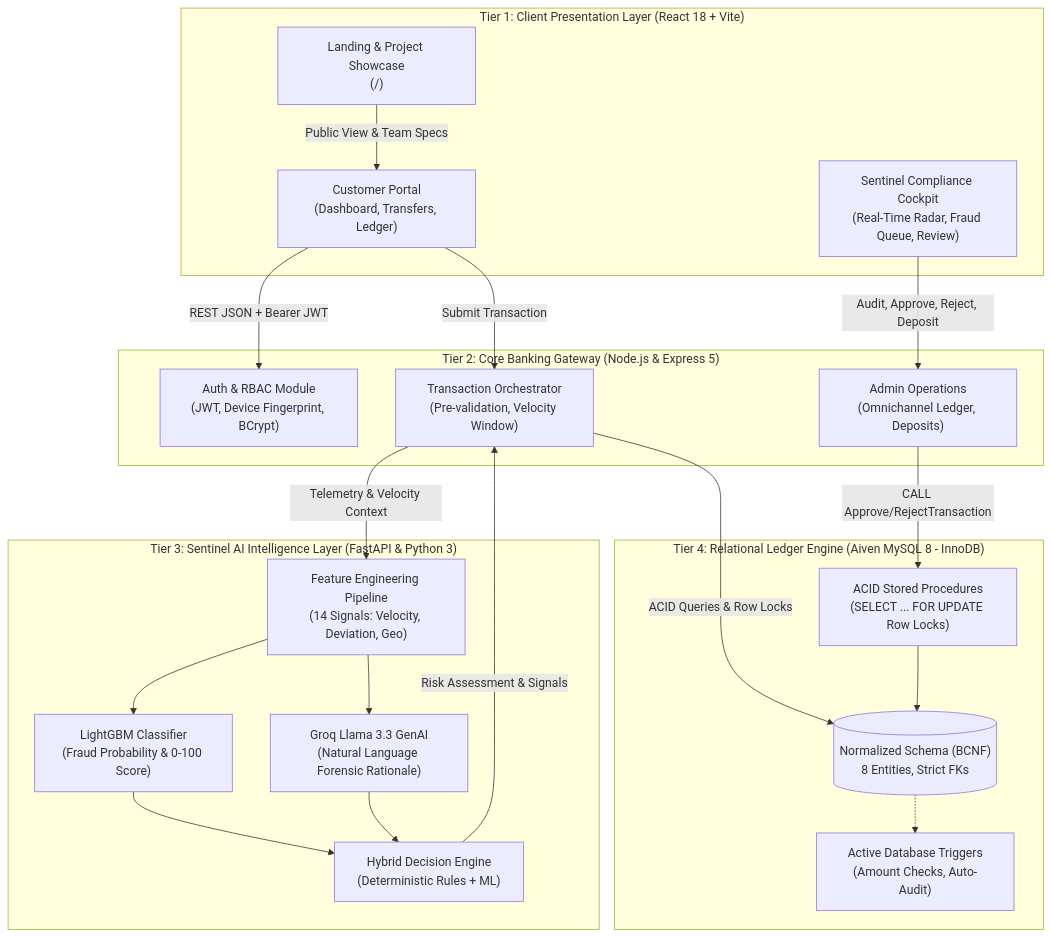
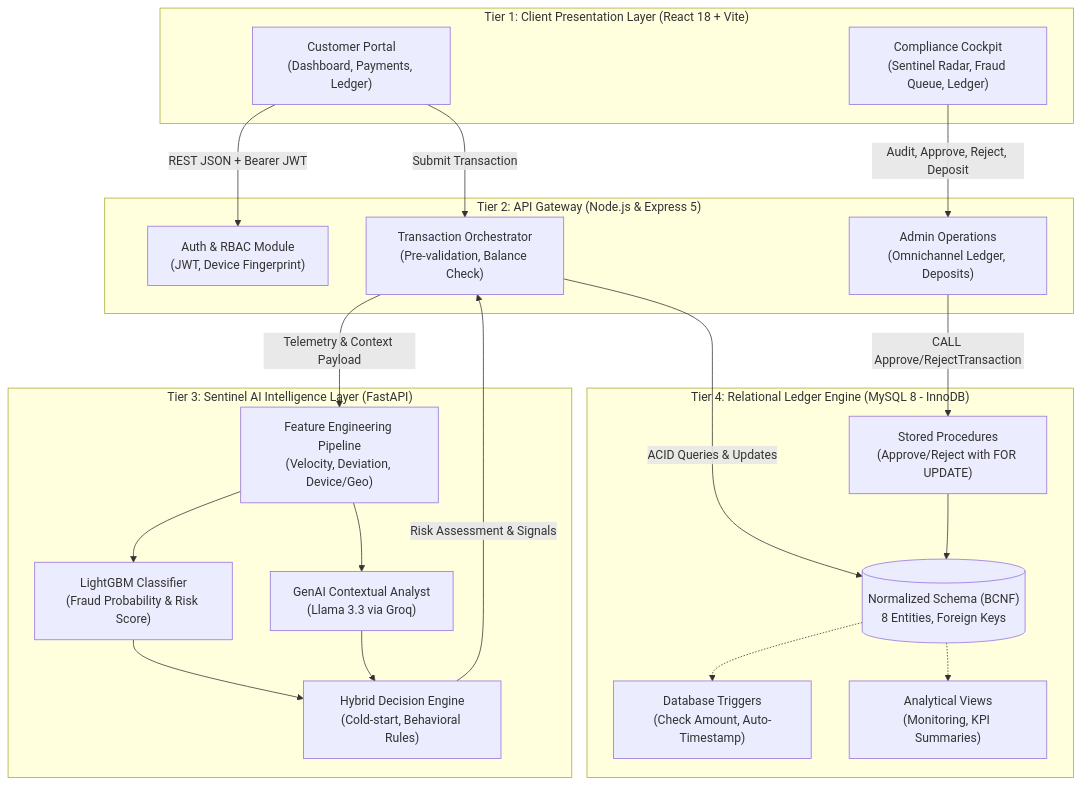
The first of 4 diagrams in README.md (raghav12344/TrustPay), drawn with Mermaid before and after one commit. The commit also changed other lines of this file and 1 other file, not shown here.

````diff
--- a/README.md
+++ b/README.md
@@ -86,44 +31,44 @@
 ```mermaid
 flowchart TB
     subgraph Tier1["Tier 1: Client Presentation Layer (React 18 + Vite)"]
-        UI_Landing["Landing & Project Showcase\n(/)"]
-        UI_Cust["Customer Portal\n(Dashboard, Transfers, Ledger)"]
-        UI_Admin["Sentinel Compliance Cockpit\n(Real-Time Radar, Fraud Queue, Review)"]
+        UI_Cust["Customer Portal\n(Dashboard, Payments, Ledger)"]
+        UI_Admin["Compliance Cockpit\n(Sentinel Radar, Fraud Queue, Ledger)"]
     end
 
-    subgraph Tier2["Tier 2: Core Banking Gateway (Node.js & Express 5)"]
-        Auth_GW["Auth & RBAC Module\n(JWT, Device Fingerprint, BCrypt)"]
-        Tx_GW["Transaction Orchestrator\n(Pre-validation, Velocity Window)"]
+    subgraph Tier2["Tier 2: API Gateway (Node.js & Express 5)"]
+        Auth_GW["Auth & RBAC Module\n(JWT, Device Fingerprint)"]
+        Tx_GW["Transaction Orchestrator\n(Pre-validation, Balance Check)"]
         Admin_GW["Admin Operations\n(Omnichannel Ledger, Deposits)"]
     end
 
-    subgraph Tier3["Tier 3: Sentinel AI Intelligence Layer (FastAPI & Python 3)"]
-        Feat_Eng["Feature Engineering Pipeline\n(14 Signals: Velocity, Deviation, Geo)"]
-        ML_Model["LightGBM Classifier\n(Fraud Probability & 0-100 Score)"]
-        GenAI["Groq Llama 3.3 GenAI\n(Natural Language Forensic Rationale)"]
-        Decision["Hybrid Decision Engine\n(Deterministic Rules + ML)"]
+    subgraph Tier3["Tier 3: Sentinel AI Intelligence Layer (FastAPI)"]
+        Feat_Eng["Feature Engineering Pipeline\n(Velocity, Deviation, Device/Geo)"]
+        ML_Model["LightGBM Classifier\n(Fraud Probability & Risk Score)"]
+        GenAI["GenAI Contextual Analyst\n(Llama 3.3 via Groq)"]
+        Decision["Hybrid Decision Engine\n(Cold-start, Behavioral Rules)"]
     end
 
-    subgraph Tier4["Tier 4: Relational Ledger Engine (Aiven MySQL 8 - InnoDB)"]
-        Tables[("Normalized Schema (BCNF)\n8 Entities, Strict FKs")]
-        SP["ACID Stored Procedures\n(SELECT ... FOR UPDATE Row Locks)"]
-        Triggers["Active Database Triggers\n(Amount Checks, Auto-Audit)"]
+    subgraph Tier4["Tier 4: Relational Ledger Engine (MySQL 8 - InnoDB)"]
+        Tables[("Normalized Schema (BCNF)\n8 Entities, Foreign Keys")]
+        SP["Stored Procedures\n(Approve/Reject with FOR UPDATE)"]
+        Triggers["Database Triggers\n(Check Amount, Auto-Timestamp)"]
+        Views["Analytical Views\n(Monitoring, KPI Summaries)"]
     end
 
-    UI_Landing -->|Public View & Team Specs| UI_Cust
     UI_Cust -->|REST JSON + Bearer JWT| Auth_GW
     UI_Cust -->|Submit Transaction| Tx_GW
     UI_Admin -->|Audit, Approve, Reject, Deposit| Admin_GW
 
-    Tx_GW -->|Telemetry & Velocity Context| Feat_Eng
+    Tx_GW -->|Telemetry & Context Payload| Feat_Eng
     Feat_Eng --> ML_Model
     Feat_Eng --> GenAI
     ML_Model --> Decision
     GenAI --> Decision
     Decision -->|Risk Assessment & Signals| Tx_GW
 
-    Tx_GW -->|ACID Queries & Row Locks| Tables
+    Tx_GW -->|ACID Queries & Updates| Tables
     Admin_GW -->|CALL Approve/RejectTransaction| SP
     SP --> Tables
     Tables -.-> Triggers
+    Tables -.-> Views
 ```
````
